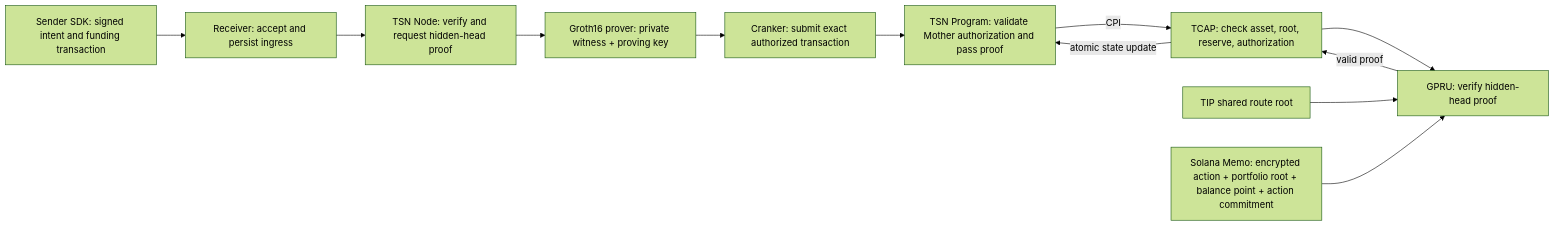
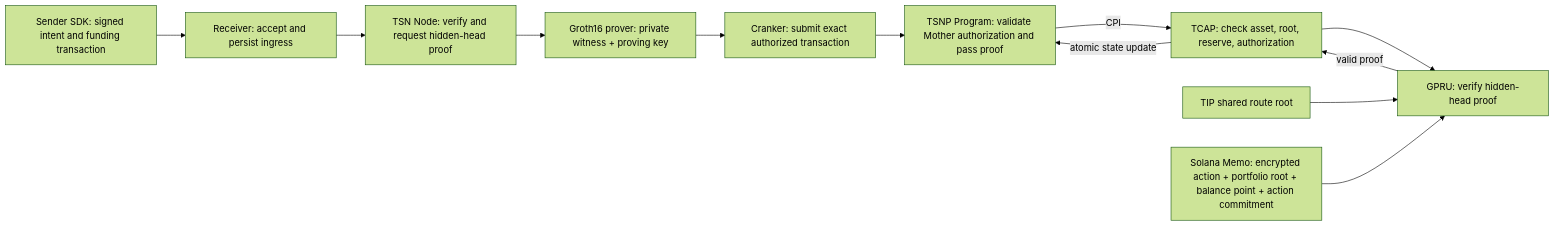
One commit to Trustlink-Labs/TSN-Protocol changed the diagram in tsn-docs/overview/architecture.mdx. Above: the diagram before and after it, drawn with Mermaid (forest theme). The commit also changed other lines of this file and 53 other files, not shown here.

````diff
--- a/tsn-docs/overview/architecture.mdx
+++ b/tsn-docs/overview/architecture.mdx
@@ -11,14 +11,14 @@
 ```mermaid
 flowchart LR
     S[Sender SDK: signed intent and funding transaction] --> R[Receiver: accept and persist ingress]
     R --> N[TSN Node: verify and request hidden-head proof]
     N --> P[Groth16 prover: private witness + proving key]
     P --> C[Cranker: submit exact authorized transaction]
-    C --> T[TSN Program: validate Mother authorization and pass proof]
+    C --> T[TSNP Program: validate Mother authorization and pass proof]
     T -->|CPI| TCAP[TCAP: check asset, root, reserve, authorization]
     TCAP --> G[GPRU: verify hidden-head proof]
     TIP[TIP shared route root] --> G
     M[Solana Memo: encrypted action + portfolio root + balance point + action commitment] --> G
     G -->|valid proof| TCAP
     TCAP -->|atomic state update| T
 ```
````
